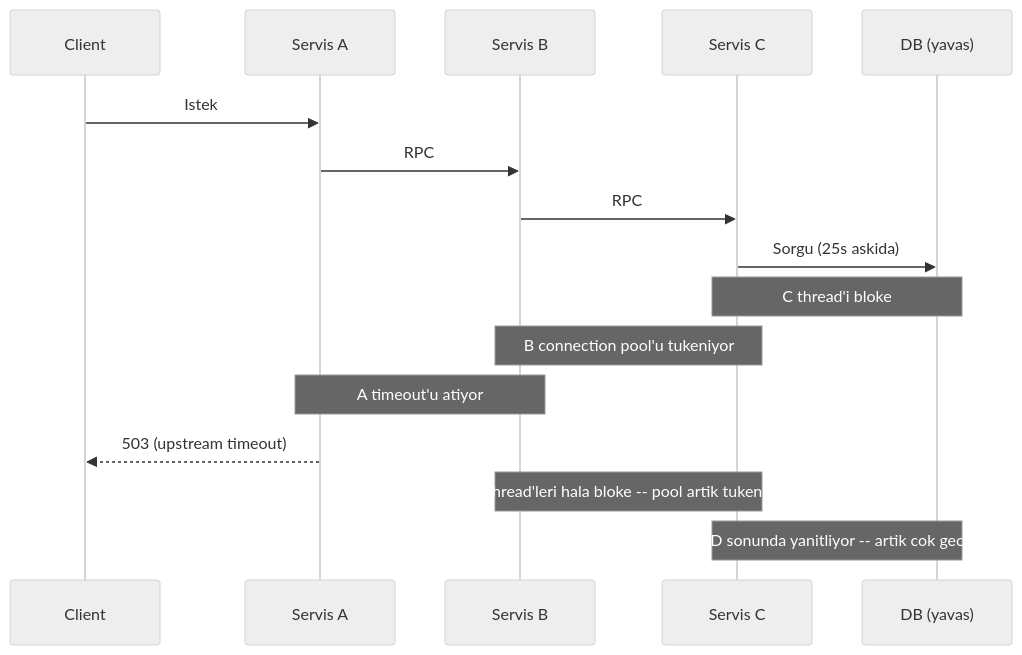
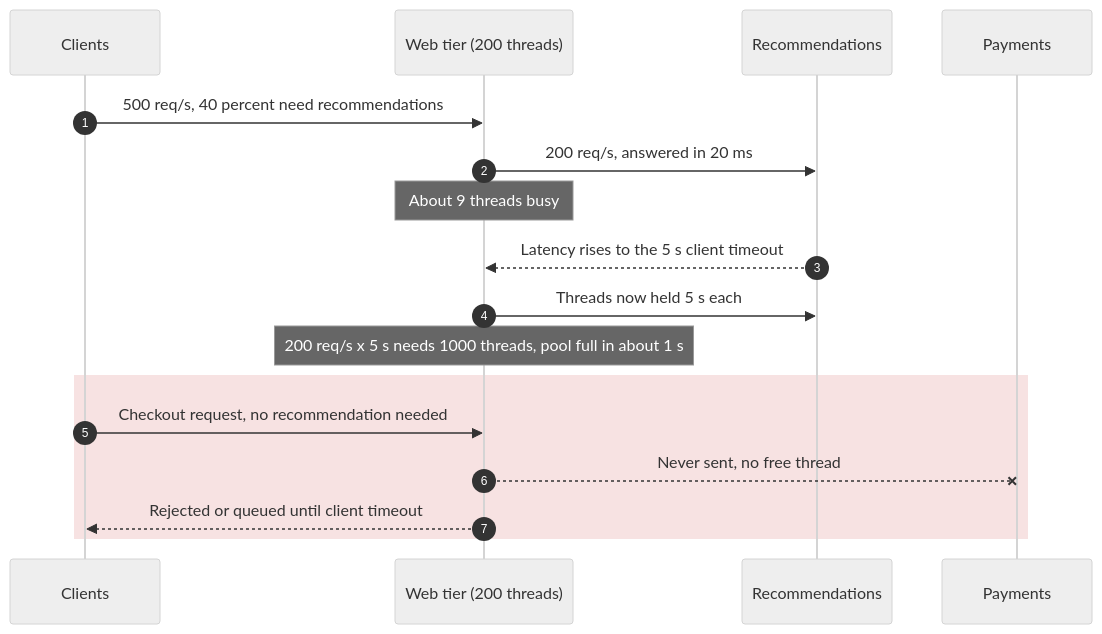
The second of 5 diagrams in src/content/docs/tr/foundations/system-models/cascading-failure.mdx (gorkemsari/distributed-systems), drawn with Mermaid (neutral theme) before and after one commit. The commit also changed other lines of this file and 3 other files, not shown here.

````diff
--- a/src/content/docs/tr/foundations/system-models/cascading-failure.mdx
+++ b/src/content/docs/tr/foundations/system-models/cascading-failure.mdx
@@ -21,19 +46,19 @@
 ```mermaid
 sequenceDiagram
-    participant Client
-    participant A as Servis A
-    participant B as Servis B
-    participant C as Servis C
-    participant D as DB (yavas)
- 
-    Client->>A: Istek
-    A->>B: RPC
-    B->>C: RPC
-    C->>D: Sorgu (25s askida)
-    Note over C,D: C thread'i bloke
-    Note over B,C: B connection pool'u tukeniyor
-    Note over A,B: A timeout'u atiyor
-    A-->>Client: 503 (upstream timeout)
-    Note over B,C: B thread'leri hala bloke -- pool artik tukenmis
-    Note over C,D: D sonunda yanitliyor -- artik cok gec
+    autonumber
+    participant C as Clients
+    participant W as Web tier (200 threads)
+    participant R as Recommendations
+    participant P as Payments
+    C->>W: 500 req/s, 40 percent need recommendations
+    W->>R: 200 req/s, answered in 20 ms
+    Note over W: About 9 threads busy
+    R-->>W: Latency rises to the 5 s client timeout
+    W->>R: Threads now held 5 s each
+    Note over W: 200 req/s x 5 s needs 1000 threads, pool full in about 1 s
+    rect rgba(200, 60, 60, 0.15)
+    C->>W: Checkout request, no recommendation needed
+    W--xP: Never sent, no free thread
+    W-->>C: Rejected or queued until client timeout
+    end
 ```
````
